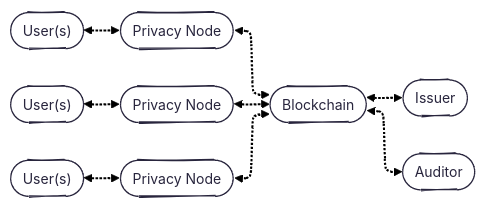
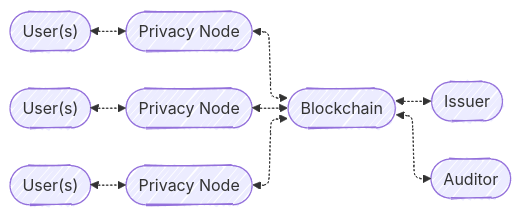
Before and after one commit to raylsnetwork/Enygma: the first of 2 diagrams in enygma_payments/README.md, drawn with Mermaid. The commit also changed other lines of this file, not shown here.

````diff
--- a/enygma_payments/README.md
+++ b/enygma_payments/README.md
@@ -7,28 +7,28 @@
 ```mermaid
 ---
 config:
-  theme: redux
+  theme: normal
   layout: elk
   look: handDrawn
 ---
 flowchart LR
     UA(["User(s)"])
     UB(["User(s)"])
     UC(["User(s)"])
 
     PLA(["Privacy Node"])
     PLB(["Privacy Node"])
     PLC(["Privacy Node"])
 
     B(["Blockchain"])
     I(["Issuer"])
     A(["Auditor"])
     
 
     PLA & PLB & PLC <-.-> B <-.-> I & A
 
     UA <-.-> PLA
     UB <-.-> PLB
     UC <-.-> PLC
 
 ```
````
